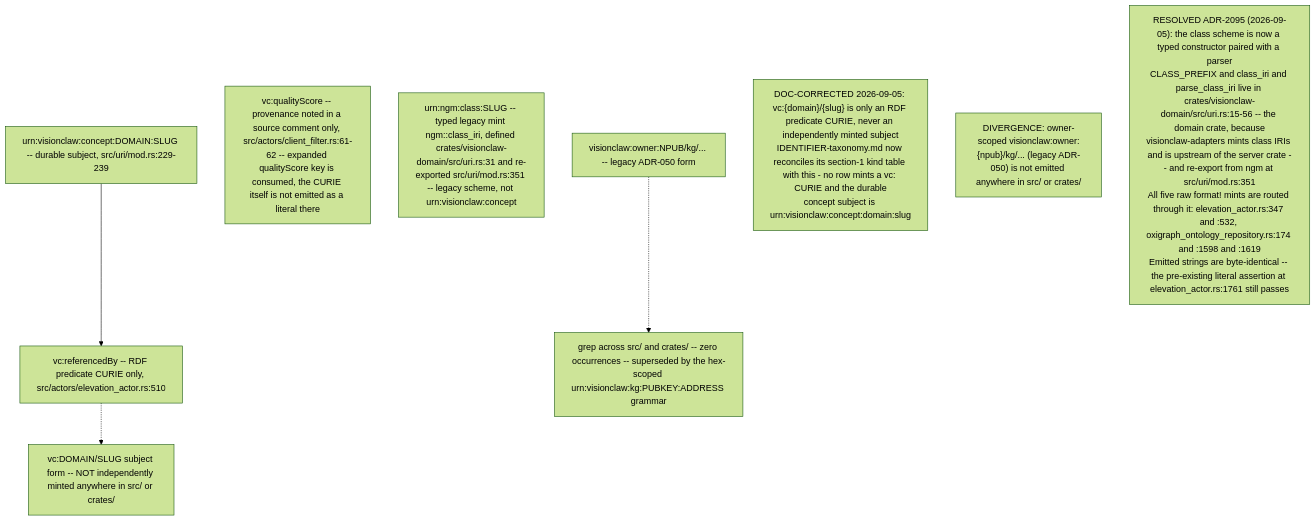
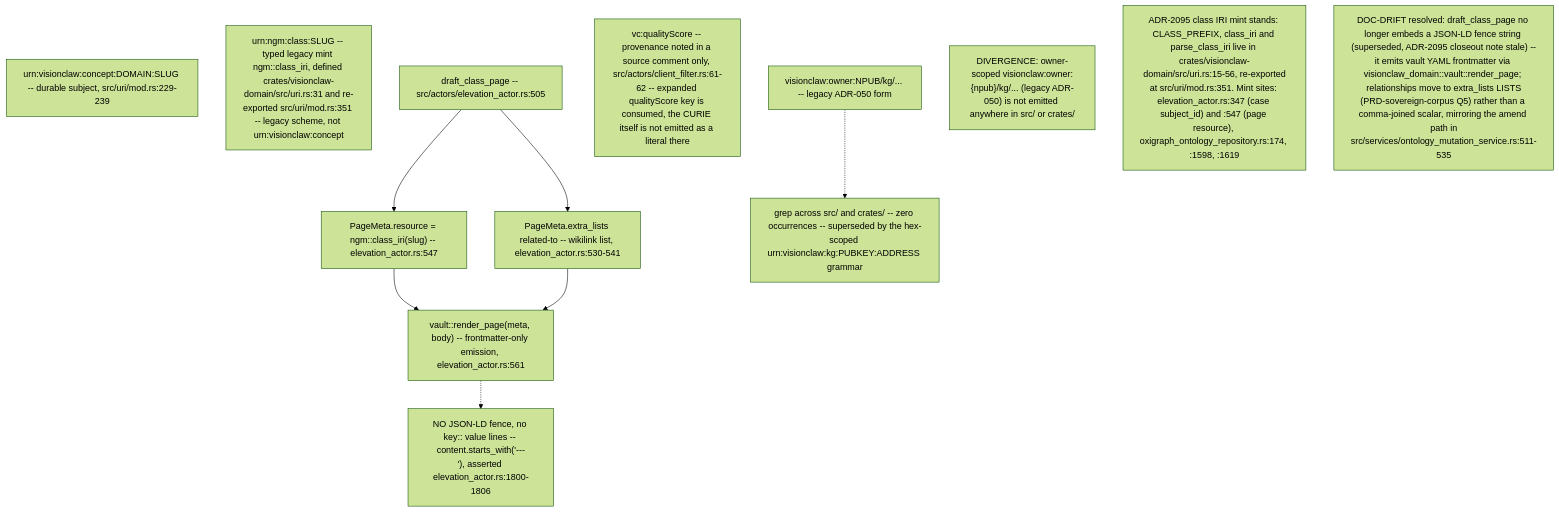
One commit to DreamLab-AI/VisionFlow changed the ninth of 10 diagrams in docs/diagrams/visionclaw/23-identifiers-urn-did-sha12.md. Above: the diagram before and after it, drawn with Mermaid (forest theme). The commit also changed other lines of this file and 136 other files, not shown here.

First line of the commit message:
docs(diagrams): refresh the whole corpus to code HEAD and prune low-value diagrams

````diff
--- a/docs/diagrams/visionclaw/23-identifiers-urn-did-sha12.md
+++ b/docs/diagrams/visionclaw/23-identifiers-urn-did-sha12.md
@@ -318,12 +318,16 @@
 ```mermaid
 flowchart TD
-    Concept["urn:visionclaw:concept:DOMAIN:SLUG -- durable subject, src/uri/mod.rs:229-239"] --> Curie["vc:referencedBy -- RDF predicate CURIE only, src/actors/elevation_actor.rs:510"]
-    Curie -.-> NotSubject["vc:DOMAIN/SLUG subject form -- NOT independently minted anywhere in src/ or crates/"]
+    Concept["urn:visionclaw:concept:DOMAIN:SLUG -- durable subject, src/uri/mod.rs:229-239"]
+    LegacyClass["urn:ngm:class:SLUG -- typed legacy mint ngm::class_iri, defined crates/visionclaw-domain/src/uri.rs:31 and re-exported src/uri/mod.rs:351 -- legacy scheme, not urn:visionclaw:concept"]
+    Draft["draft_class_page -- src/actors/elevation_actor.rs:505"] --> Meta["PageMeta.resource = ngm::class_iri(slug) -- elevation_actor.rs:547"]
+    Draft --> Lists["PageMeta.extra_lists related-to -- wikilink list, elevation_actor.rs:530-541"]
+    Meta --> Render["vault::render_page(meta, body) -- frontmatter-only emission, elevation_actor.rs:561"]
+    Lists --> Render
+    Render -.-> NoFence["NO JSON-LD fence, no key:: value lines -- content.starts_with('---\n'), asserted elevation_actor.rs:1800-1806"]
     QS["vc:qualityScore -- provenance noted in a source comment only, src/actors/client_filter.rs:61-62 -- expanded qualityScore key is consumed, the CURIE itself is not emitted as a literal there"]
-    LegacyClass["urn:ngm:class:SLUG -- typed legacy mint ngm::class_iri, defined crates/visionclaw-domain/src/uri.rs:31 and re-exported src/uri/mod.rs:351 -- legacy scheme, not urn:visionclaw:concept"]
     OwnerScoped["visionclaw:owner:NPUB/kg/... -- legacy ADR-050 form"] -.-> Absent["grep across src/ and crates/ -- zero occurrences -- superseded by the hex-scoped urn:visionclaw:kg:PUBKEY:ADDRESS grammar"]
 
-    DivA["DOC-CORRECTED 2026-09-05: vc:{domain}/{slug} is only an RDF predicate CURIE, never an independently minted subject<br/>IDENTIFIER-taxonomy.md now reconciles its section-1 kind table with this - no row mints a vc: CURIE and the durable<br/>concept subject is urn:visionclaw:concept:domain:slug"]
     DivB["DIVERGENCE: owner-scoped visionclaw:owner:{npub}/kg/... (legacy ADR-050) is not emitted anywhere in src/ or crates/"]
-    DriftX["RESOLVED ADR-2095 (2026-09-05): the class scheme is now a typed constructor paired with a parser<br/>CLASS_PREFIX and class_iri and parse_class_iri live in crates/visionclaw-domain/src/uri.rs:15-56 -- the domain crate, because<br/>visionclaw-adapters mints class IRIs and is upstream of the server crate -- and re-export from ngm at src/uri/mod.rs:351<br/>All five raw format! mints are routed through it: elevation_actor.rs:347 and :532, oxigraph_ontology_repository.rs:174 and :1598 and :1619<br/>Emitted strings are byte-identical -- the pre-existing literal assertion at elevation_actor.rs:1761 still passes"]
+    DriftX["ADR-2095 class IRI mint stands: CLASS_PREFIX, class_iri and parse_class_iri live in crates/visionclaw-domain/src/uri.rs:15-56, re-exported<br/>at src/uri/mod.rs:351. Mint sites: elevation_actor.rs:347 (case subject_id) and :547 (page resource), oxigraph_ontology_repository.rs:174, :1598, :1619"]
+    Refactor["DOC-DRIFT resolved: draft_class_page no longer embeds a JSON-LD fence string (superseded, ADR-2095 closeout note stale) --<br/>it emits vault YAML frontmatter via visionclaw_domain::vault::render_page; relationships move to extra_lists LISTS<br/>(PRD-sovereign-corpus Q5) rather than a comma-joined scalar, mirroring the amend path in<br/>src/services/ontology_mutation_service.rs:511-535"]
 ```
````
